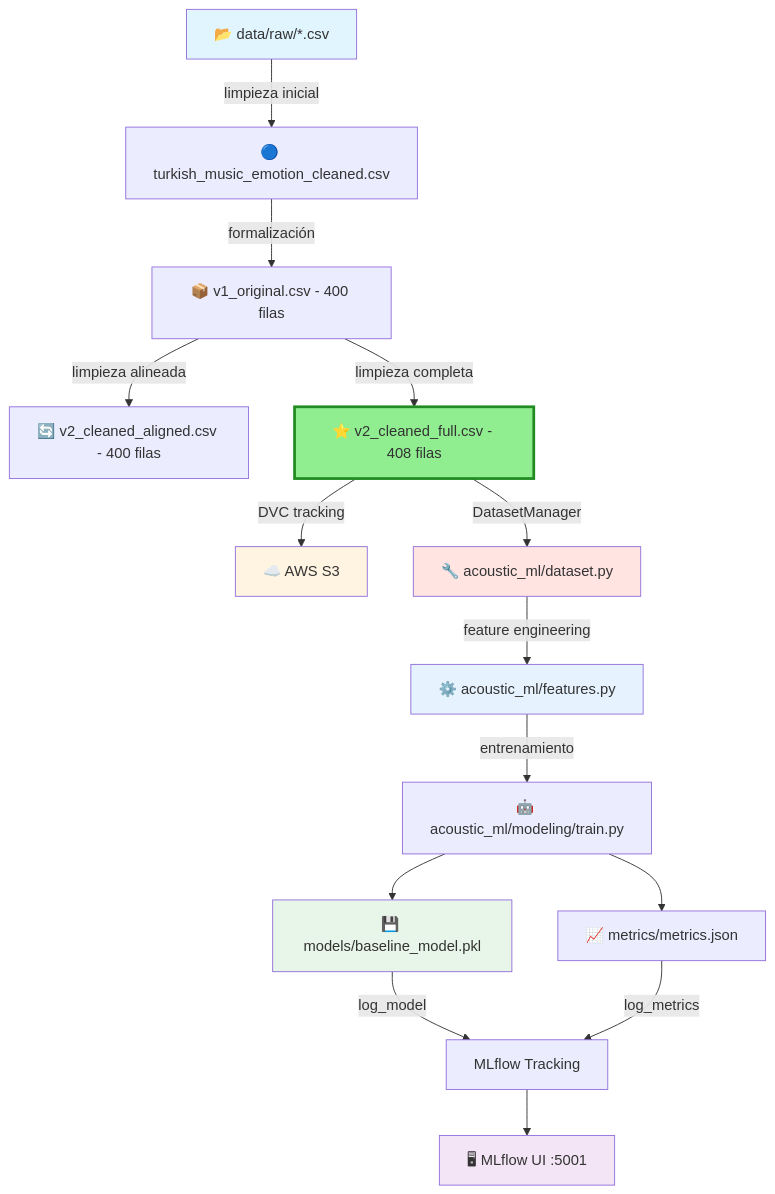
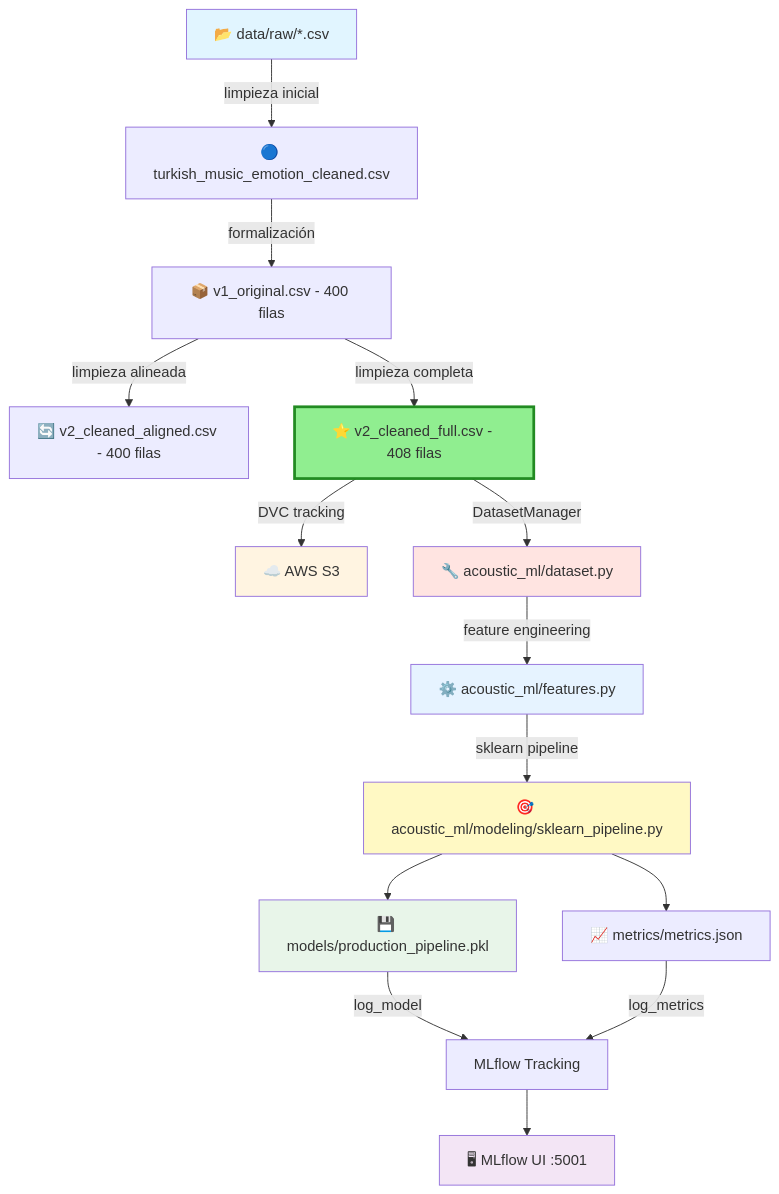
One commit to jrebull/MLOps_Team24 changed the diagram in README.md. Above: the diagram before and after it, drawn with Mermaid. The commit also changed other lines of this file and 2 other files, not shown here.

````diff
--- a/README.md
+++ b/README.md
@@ -1056,25 +1116,26 @@
 ```mermaid
 flowchart TD
     A[📂 data/raw/*.csv] -->|limpieza inicial| B[🔵 turkish_music_emotion_cleaned.csv]
     B -->|formalización| C[📦 v1_original.csv - 400 filas]
     C -->|limpieza alineada| D[🔄 v2_cleaned_aligned.csv - 400 filas]
     C -->|limpieza completa| E[⭐ v2_cleaned_full.csv - 408 filas]
     
     E -->|DVC tracking| F[☁️ AWS S3]
     E -->|DatasetManager| G[🔧 acoustic_ml/dataset.py]
     G -->|feature engineering| H[⚙️ acoustic_ml/features.py]
-    H -->|entrenamiento| I[🤖 acoustic_ml/modeling/train.py]
-    I --> J[💾 models/baseline_model.pkl]
+    H -->|sklearn pipeline| I[🎯 acoustic_ml/modeling/sklearn_pipeline.py]
+    I --> J[💾 models/production_pipeline.pkl]
     I --> K[📈 metrics/metrics.json]
     J -->|log_model| L[MLflow Tracking]
     K -->|log_metrics| L
     L --> M[🖥 MLflow UI :5001]
     
     style E fill:#90EE90,stroke:#228B22,stroke-width:3px
     style A fill:#e1f5ff
     style F fill:#fff4e1
     style J fill:#e8f5e9
     style M fill:#f3e5f5
     style G fill:#ffe4e1
     style H fill:#e6f3ff
+    style I fill:#fff9c4
 ```
````
